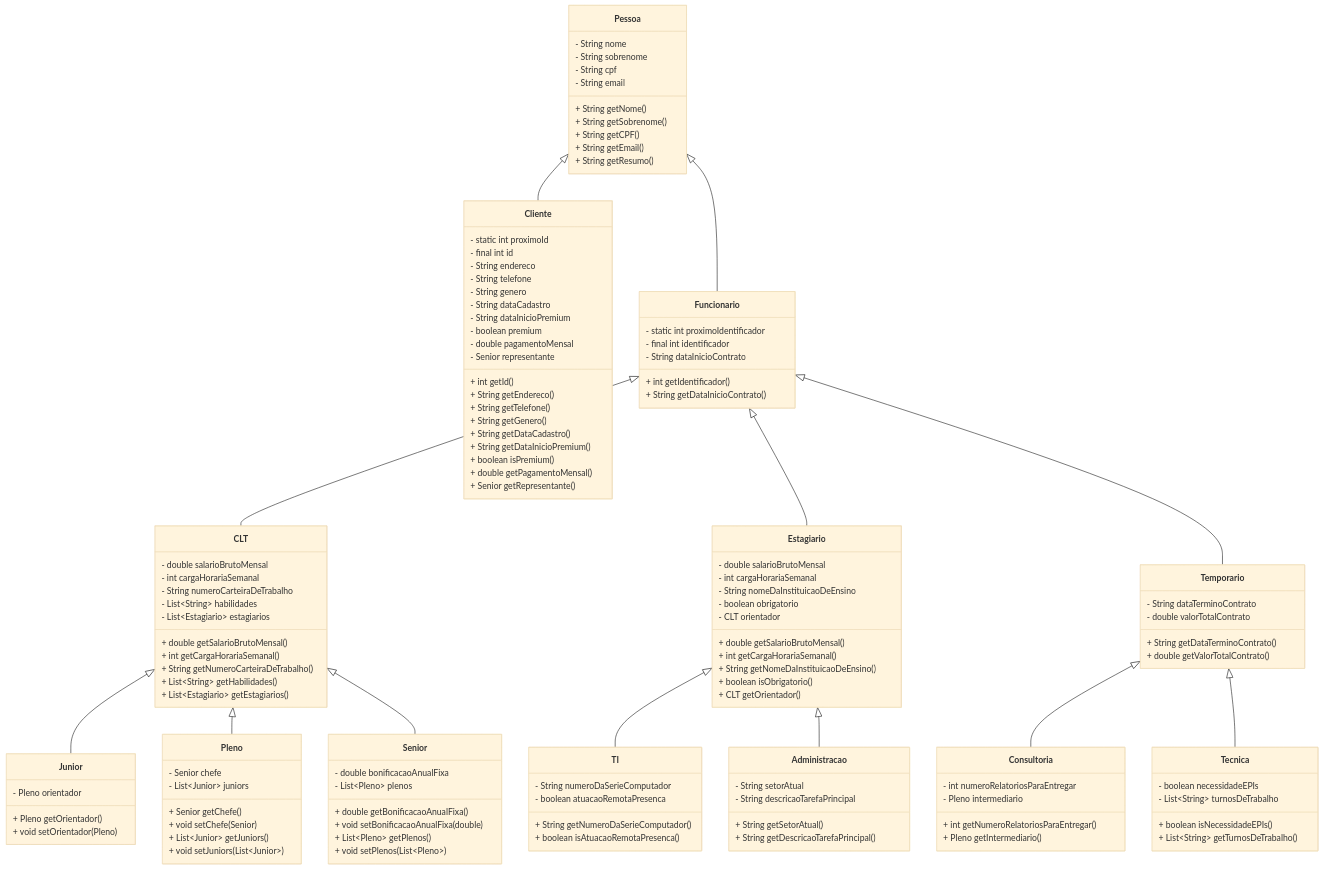
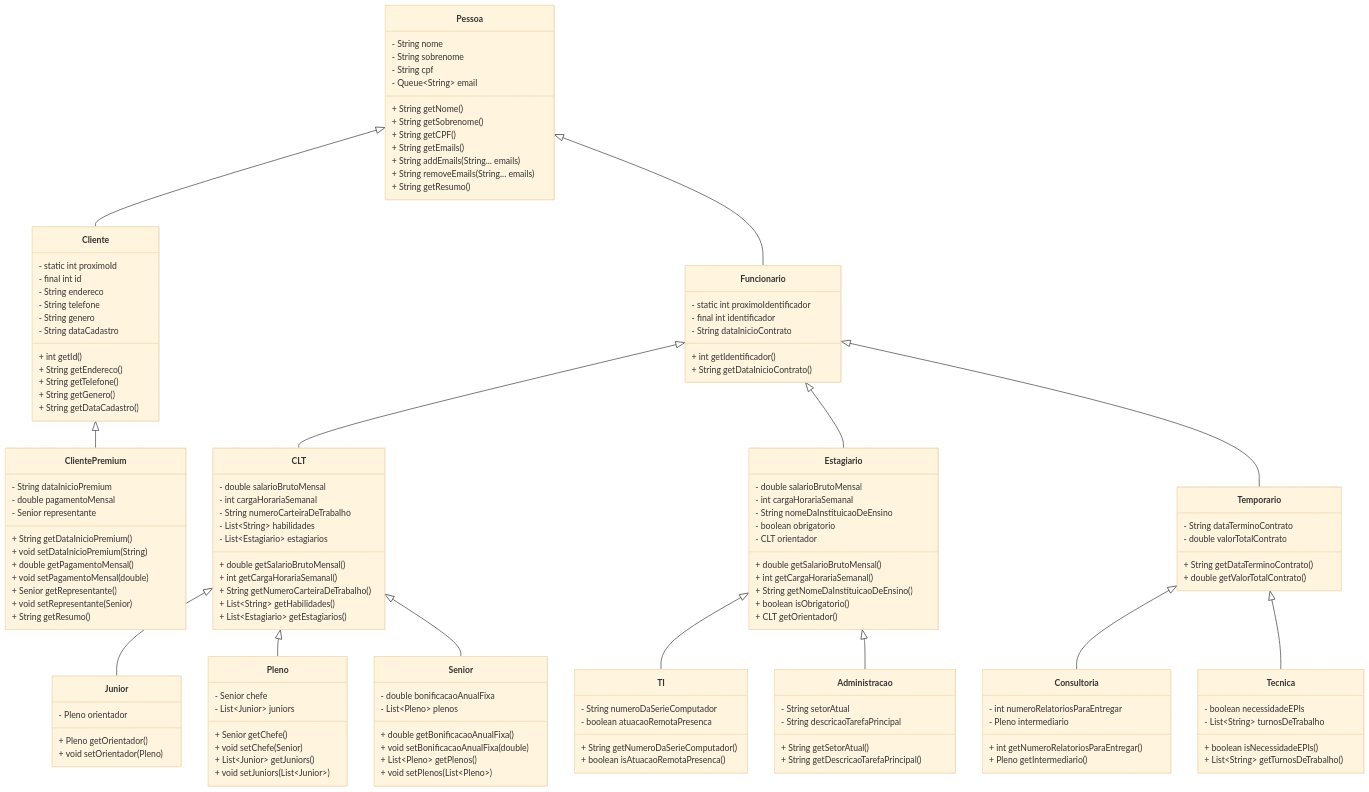
Before and after one commit to sergio-prolo-class/laboratorio-4-ArthurOReis: the diagram in readme.md, drawn with Mermaid (base theme). The commit also changed 1 other file, not shown here.

Commit message:
Adicionando 'ClientePremium' no diagrama UML

````diff
--- a/readme.md
+++ b/readme.md
@@ -66,6 +66,7 @@
 ```mermaid
 classDiagram
     Pessoa <|-- Cliente
+    Cliente <|-- ClientePremium
     Pessoa <|-- Funcionario
     Funcionario <|-- CLT
     Funcionario <|-- Estagiario
@@ -82,13 +83,16 @@
         - String nome
         - String sobrenome
         - String cpf
-        - String email
+        - Queue~String~ email
         + String getNome()
         + String getSobrenome()
         + String getCPF()
-        + String getEmail()
+        + String getEmails()
+        + String addEmails(String... emails)
+        + String removeEmails(String... emails)
         + String getResumo()
     }
+
     class Cliente {
         - static int proximoId
         - final int id
@@ -96,20 +100,26 @@
         - String telefone
         - String genero
         - String dataCadastro
-        - String dataInicioPremium
-        - boolean premium
-        - double pagamentoMensal
-        - Senior representante
         + int getId()
         + String getEndereco()
         + String getTelefone()
         + String getGenero()
         + String getDataCadastro()
+    }
+
+    class ClientePremium {
+        - String dataInicioPremium
+        - double pagamentoMensal
+        - Senior representante
         + String getDataInicioPremium()
-        + boolean isPremium()
+        + void setDataInicioPremium(String)
         + double getPagamentoMensal()
+        + void setPagamentoMensal(double)
         + Senior getRepresentante()
+        + void setRepresentante(Senior)
+        + String getResumo()
     }
+
     class Funcionario {
         - static int proximoIdentificador
         - final int identificador
@@ -117,6 +127,7 @@
         + int getIdentificador()
         + String getDataInicioContrato()
     }
+
     class CLT {
         - double salarioBrutoMensal
         - int cargaHorariaSemanal
@@ -129,11 +140,13 @@
         + List~String~ getHabilidades()
         + List~Estagiario~ getEstagiarios()
     }
+
     class Junior {
         - Pleno orientador
         + Pleno getOrientador()
         + void setOrientador(Pleno)
     }
+
     class Pleno {
         - Senior chefe
         - List~Junior~ juniors
@@ -142,6 +155,7 @@
         + List~Junior~ getJuniors()
         + void setJuniors(List~Junior~)
     }
+
     class Senior {
         - double bonificacaoAnualFixa
         - List~Pleno~ plenos
@@ -150,6 +164,7 @@
         + List~Pleno~ getPlenos()
         + void setPlenos(List~Pleno~)
     }
+
     class Estagiario {
         - double salarioBrutoMensal
         - int cargaHorariaSemanal
@@ -162,30 +177,35 @@
         + boolean isObrigatorio()
         + CLT getOrientador()
     }
+
     class TI {
         - String numeroDaSerieComputador
         - boolean atuacaoRemotaPresenca
         + String getNumeroDaSerieComputador()
         + boolean isAtuacaoRemotaPresenca()
     }
+
     class Administracao {
         - String setorAtual
         - String descricaoTarefaPrincipal
         + String getSetorAtual()
         + String getDescricaoTarefaPrincipal()
     }
+
     class Temporario {
         - String dataTerminoContrato
         - double valorTotalContrato
         + String getDataTerminoContrato()
         + double getValorTotalContrato()
     }
+
     class Consultoria {
         - int numeroRelatoriosParaEntregar
         - Pleno intermediario
         + int getNumeroRelatoriosParaEntregar()
         + Pleno getIntermediario()
     }
+
     class Tecnica {
         - boolean necessidadeEPIs
         - List~String~ turnosDeTrabalho
````
